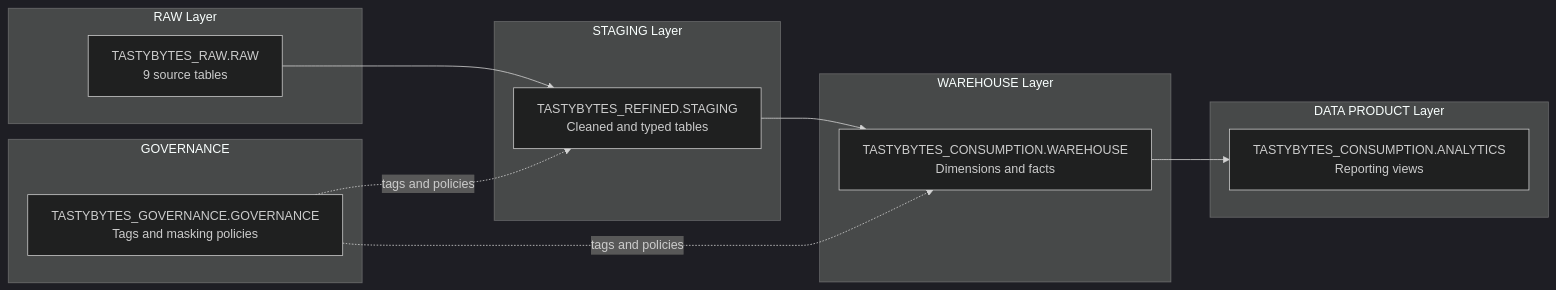
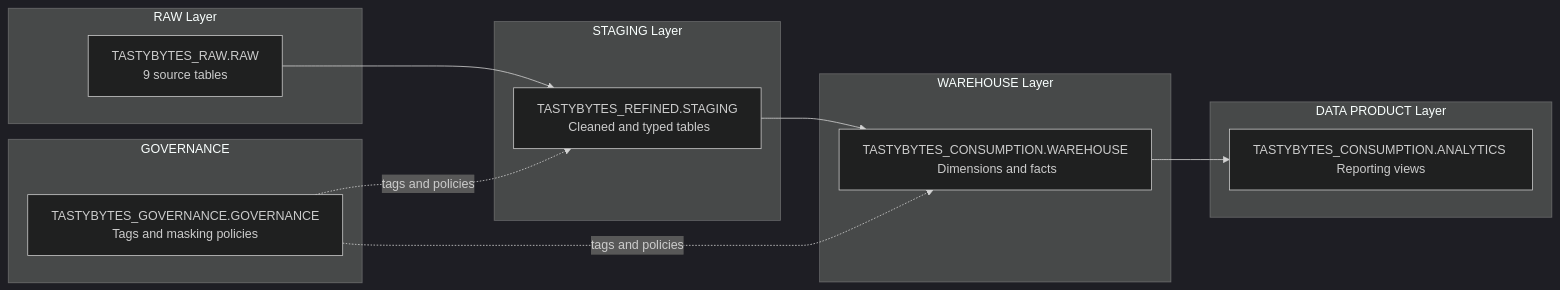
The first of 3 diagrams in exercises/00_background.md (hindcraig3/snowflake-de-exercisev2), drawn with Mermaid (dark theme) before and after one commit. The commit also changed other lines of this file and 5 other files, not shown here.

````diff
--- a/exercises/00_background.md
+++ b/exercises/00_background.md
@@ -31,21 +31,21 @@
 ```mermaid
 flowchart LR
   subgraph raw [RAW Layer]
-    RAW_DB["TASTYBYTES_RAW.RAW\n9 source tables"]
+    RAW_DB["TASTYBYTES_RAW.RAW <br>9 source tables"]
   end
   subgraph staging [STAGING Layer]
-    STG_DB["TASTYBYTES_REFINED.STAGING\nCleaned and typed tables"]
+    STG_DB["TASTYBYTES_REFINED.STAGING<br> Cleaned and typed tables"]
   end
   subgraph warehouse [WAREHOUSE Layer]
-    WH_DB["TASTYBYTES_CONSUMPTION.WAREHOUSE\nDimensions and facts"]
+    WH_DB["TASTYBYTES_CONSUMPTION.WAREHOUSE<br> Dimensions and facts"]
   end
   subgraph product [DATA PRODUCT Layer]
-    DP_DB["TASTYBYTES_CONSUMPTION.ANALYTICS\nReporting views"]
+    DP_DB["TASTYBYTES_CONSUMPTION.ANALYTICS <br>Reporting views"]
   end
   subgraph governance [GOVERNANCE]
-    GOV_DB["TASTYBYTES_GOVERNANCE.GOVERNANCE\nTags and masking policies"]
+    GOV_DB["TASTYBYTES_GOVERNANCE.GOVERNANCE<br>Tags and masking policies"]
   end
   RAW_DB --> STG_DB --> WH_DB --> DP_DB
   GOV_DB -.->|"tags and policies"| STG_DB
   GOV_DB -.->|"tags and policies"| WH_DB
 ```
````
